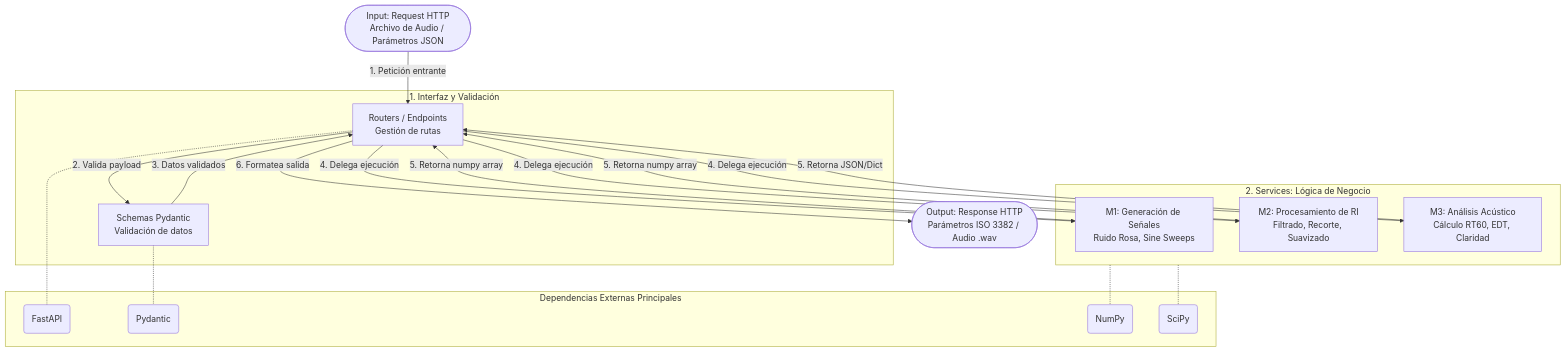
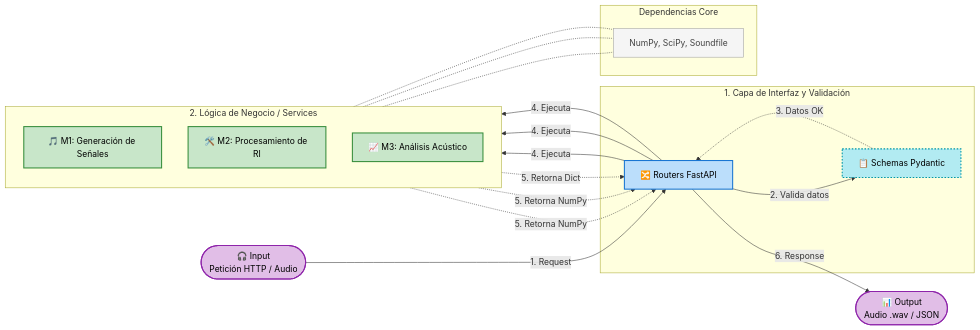
One commit to lautcast/trabajo_de_SyS changed the diagram in README.md. Above: the diagram before and after it, drawn with Mermaid.

Commit message:
fix: correccion readme

````diff
--- a/README.md
+++ b/README.md
@@ -61,45 +61,52 @@
 ```mermaid
-graph TD
-    %% Inputs y Outputs Externos
-    Input([Input: Request HTTP<br>Archivo de Audio / Parámetros JSON])
-    Output([Output: Response HTTP<br>Parámetros ISO 3382 / Audio .wav])
+graph LR
+    %% --- CONFIGURACIÓN DE ESTILOS ---
+    classDef cliente fill:#e1bee7,stroke:#8e24aa,stroke-width:2px,color:#000,rx:10px,ry:10px;
+    classDef endpoint fill:#bbdefb,stroke:#1976d2,stroke-width:2px,color:#000;
+    classDef schema fill:#b2ebf2,stroke:#0097a6,stroke-width:2px,color:#000,stroke-dasharray: 3 3;
+    classDef servicio fill:#c8e6c9,stroke:#388e3c,stroke-width:2px,color:#000;
+    classDef lib fill:#f5f5f5,stroke:#9e9e9e,stroke-width:1px,color:#424242;
 
-    %% Capas Principales
-    subgraph Capa_Interfaz [1. Interfaz y Validación]
-        R[Routers / Endpoints<br>Gestión de rutas]
-        Sch[Schemas Pydantic<br>Validación de datos]
+    %% --- NODOS EXTERNOS ---
+    Input([🎧 Input<br>Petición HTTP / Audio]):::cliente
+    Output([📊 Output<br>Audio .wav / JSON]):::cliente
+
+    %% --- CAPA 1: INTERFAZ ---
+    subgraph Capa API [1. Capa de Interfaz y Validación]
+        Router[🔀 Routers FastAPI]:::endpoint
+        Sch[📋 Schemas Pydantic]:::schema
     end
 
-    subgraph Capa_Logica [2. Services: Lógica de Negocio]
-        M1[M1: Generación de Señales<br>Ruido Rosa, Sine Sweeps]
-        M2[M2: Procesamiento de RI<br>Filtrado, Recorte, Suavizado]
-        M3[M3: Análisis Acústico<br>Cálculo RT60, EDT, Claridad]
+    %% --- CAPA 2: SERVICIOS ---
+    subgraph Capa Logica [2. Lógica de Negocio / Services]
+        direction TB
+        M1[🎵 M1: Generación de Señales]:::servicio
+        M2[🛠️ M2: Procesamiento de RI]:::servicio
+        M3[📈 M3: Análisis Acústico]:::servicio
     end
 
-    subgraph Dependencias [Dependencias Externas Principales]
-        FA(FastAPI)
-        PD(Pydantic)
-        NP(NumPy)
-        SP(SciPy)
+    %% --- CAPA 3: DEPENDENCIAS ---
+    subgraph Dependencias [Dependencias Core]
+        Libs[NumPy, SciPy, Soundfile]:::lib
     end
 
-    %% Flujo de Datos Principal
-    Input -->|1. Petición entrante| R
-    R -->|2. Valida payload| Sch
-    Sch -->|3. Datos validados| R
-    R -->|4. Delega ejecución| M1
-    R -->|4. Delega ejecución| M2
-    R -->|4. Delega ejecución| M3
+    %% --- FLUJO DE DATOS ---
+    Input -- "1. Request" --> Router
+    Router -- "2. Valida datos" --> Sch
+    Sch -. "3. Datos OK" .-> Router
     
-    M1 -->|5. Retorna numpy array| R
-    M2 -->|5. Retorna numpy array| R
-    M3 -->|5. Retorna JSON/Dict| R
-    
-    R -->|6. Formatea salida| Output
+    Router -- "4. Ejecuta" --> M1
+    Router -- "4. Ejecuta" --> M2
+    Router -- "4. Ejecuta" --> M3
 
-    %% Relaciones con Dependencias
-    R -.- FA
-    Sch -.- PD
-    Capa_Logica -.- NP
-    Capa_Logica -.- SP
+    M1 -. "5. Retorna NumPy" .-> Router
+    M2 -. "5. Retorna NumPy" .-> Router
+    M3 -. "5. Retorna Dict" .-> Router
+
+    Router -- "6. Response" --> Output
+
+    %% --- RELACIONES CON LIBRERÍAS ---
+    M1 -.- Libs
+    M2 -.- Libs
+    M3 -.- Libs
 ```
````
